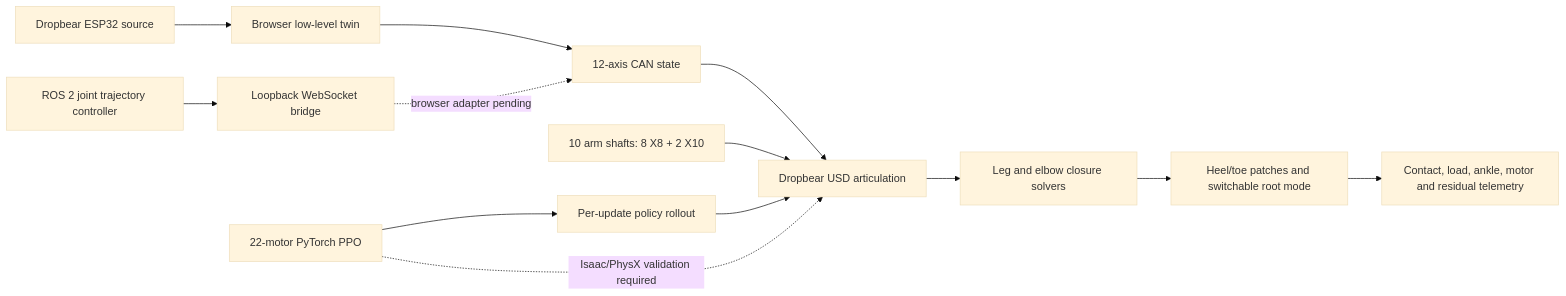
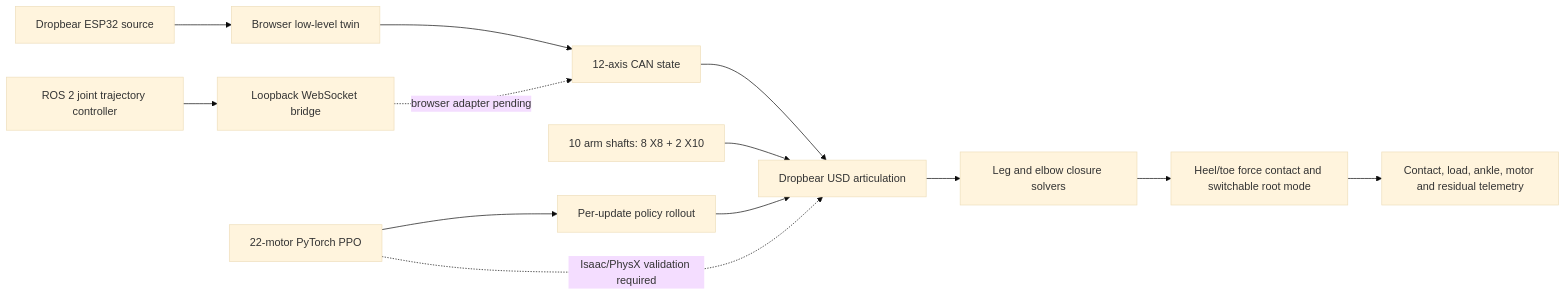
The diagram in README.md (robit-man/dropbear_control), drawn with Mermaid (base theme) before and after one commit. The commit also changed other lines of this file and 37 other files, not shown here.

````diff
--- a/README.md
+++ b/README.md
@@ -71,17 +85,17 @@
 ```mermaid
 flowchart LR
     FW[Dropbear ESP32 source] --> BT[Browser low-level twin]
     BT --> CAN[12-axis CAN state]
     CAN --> USD[Dropbear USD articulation]
     ARM[10 arm shafts: 8 X8 + 2 X10] --> USD
     USD --> CLS[Leg and elbow closure solvers]
-    CLS --> GND[Heel/toe patches and switchable root mode]
+    CLS --> GND[Heel/toe force contact and switchable root mode]
     GND --> UI[Contact, load, ankle, motor and residual telemetry]
 
     ROS[ROS 2 joint trajectory controller] --> WS[Loopback WebSocket bridge]
     WS -. browser adapter pending .-> CAN
 
     PPO[22-motor PyTorch PPO] --> LIVE[Per-update policy rollout]
     LIVE --> USD
     PPO -. Isaac/PhysX validation required .-> USD
 ```
````
